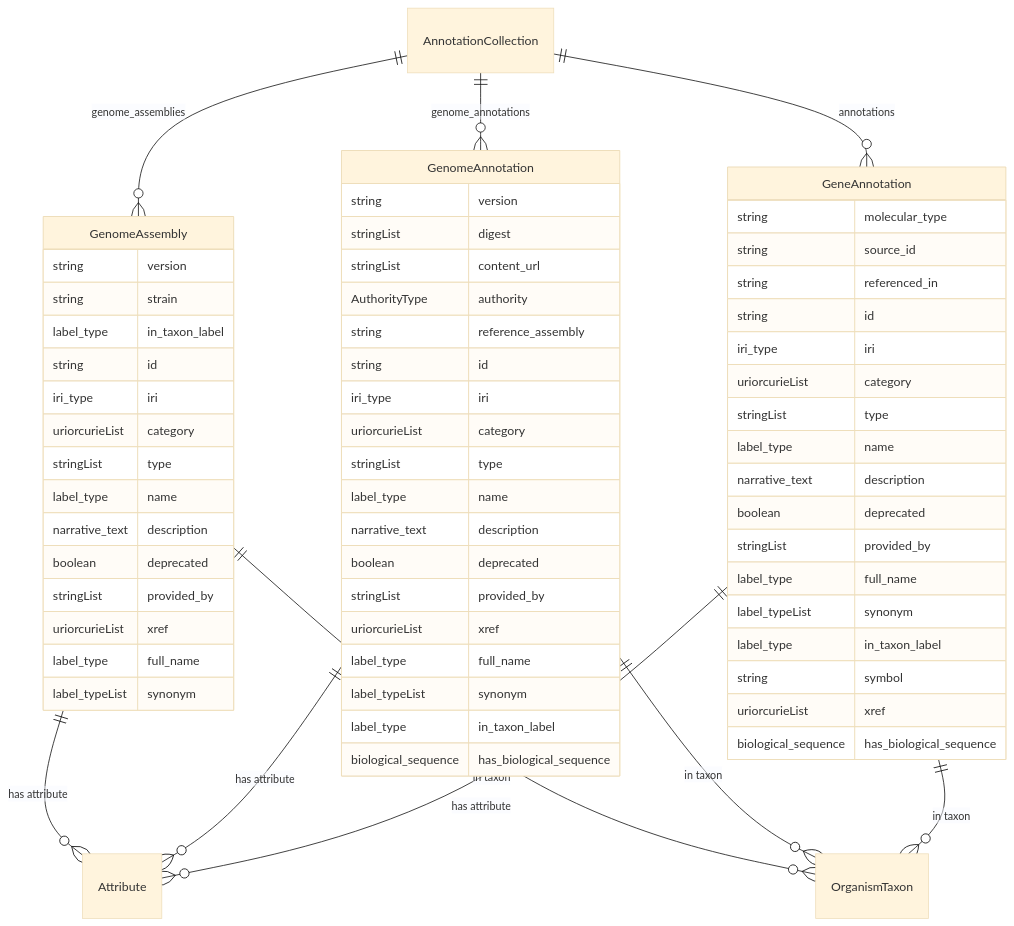
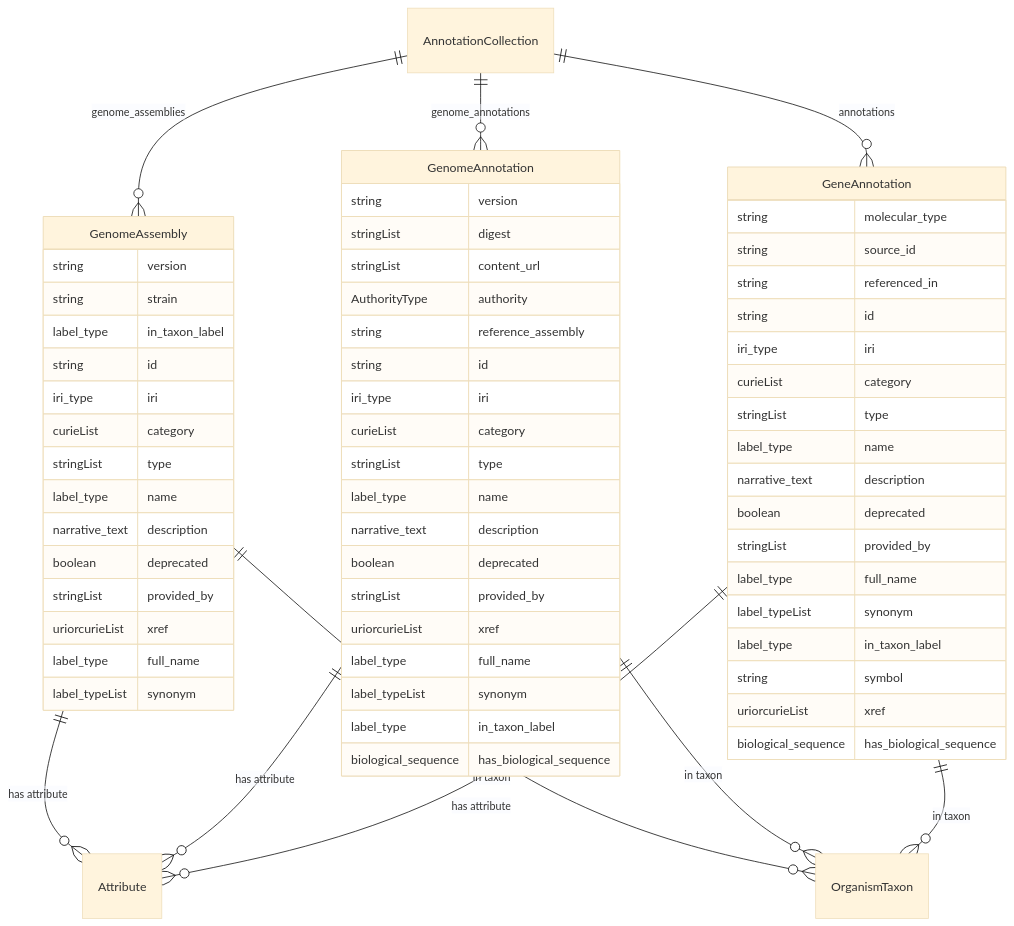
The diagram in erdiagram-autogen/genome_annotation.md (brain-bican/models), drawn with Mermaid (base theme) before and after one commit. The commit also changed 7 other files, not shown here.

````diff
--- a/erdiagram-autogen/genome_annotation.md
+++ b/erdiagram-autogen/genome_annotation.md
@@ -1,72 +1,72 @@
 ```mermaid
 erDiagram
 AnnotationCollection {
 
 }
 GenomeAssembly {
     string version  
     string strain  
     label_type in_taxon_label  
     string id  
     iri_type iri  
-    uriorcurieList category  
+    curieList category  
     stringList type  
     label_type name  
     narrative_text description  
     boolean deprecated  
     stringList provided_by  
     uriorcurieList xref  
     label_type full_name  
     label_typeList synonym  
 }
 GenomeAnnotation {
     string version  
     stringList digest  
     stringList content_url  
     AuthorityType authority  
     string reference_assembly  
     string id  
     iri_type iri  
-    uriorcurieList category  
+    curieList category  
     stringList type  
     label_type name  
     narrative_text description  
     boolean deprecated  
     stringList provided_by  
     uriorcurieList xref  
     label_type full_name  
     label_typeList synonym  
     label_type in_taxon_label  
     biological_sequence has_biological_sequence  
 }
 GeneAnnotation {
     string molecular_type  
     string source_id  
     string referenced_in  
     string id  
     iri_type iri  
-    uriorcurieList category  
+    curieList category  
     stringList type  
     label_type name  
     narrative_text description  
     boolean deprecated  
     stringList provided_by  
     label_type full_name  
     label_typeList synonym  
     label_type in_taxon_label  
     string symbol  
     uriorcurieList xref  
     biological_sequence has_biological_sequence  
 }
 
 AnnotationCollection ||--}o GeneAnnotation : "annotations"
 AnnotationCollection ||--}o GenomeAnnotation : "genome_annotations"
 AnnotationCollection ||--}o GenomeAssembly : "genome_assemblies"
 GenomeAssembly ||--}o OrganismTaxon : "in taxon"
 GenomeAssembly ||--}o Attribute : "has attribute"
 GenomeAnnotation ||--}o Attribute : "has attribute"
 GenomeAnnotation ||--}o OrganismTaxon : "in taxon"
 GeneAnnotation ||--}o Attribute : "has attribute"
 GeneAnnotation ||--}o OrganismTaxon : "in taxon"
 
 ```
````
